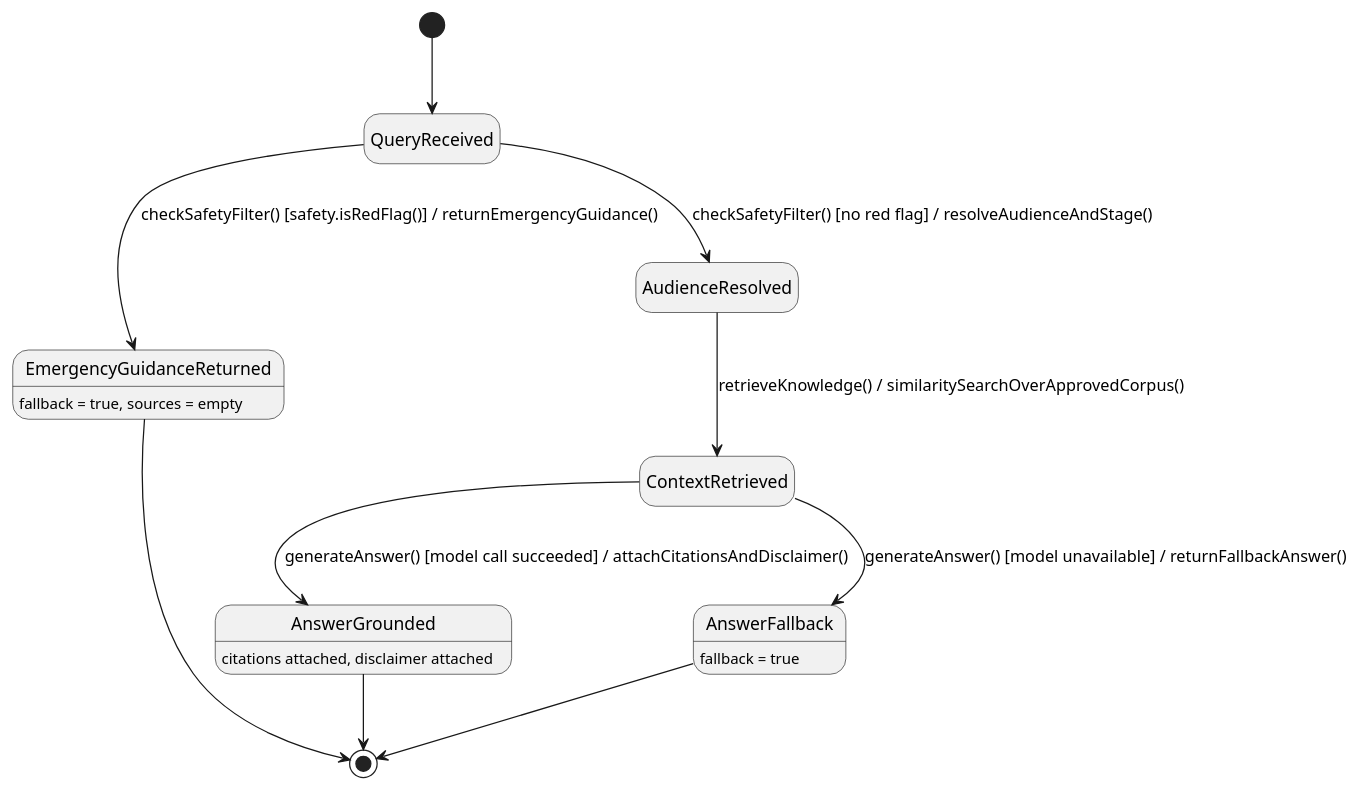
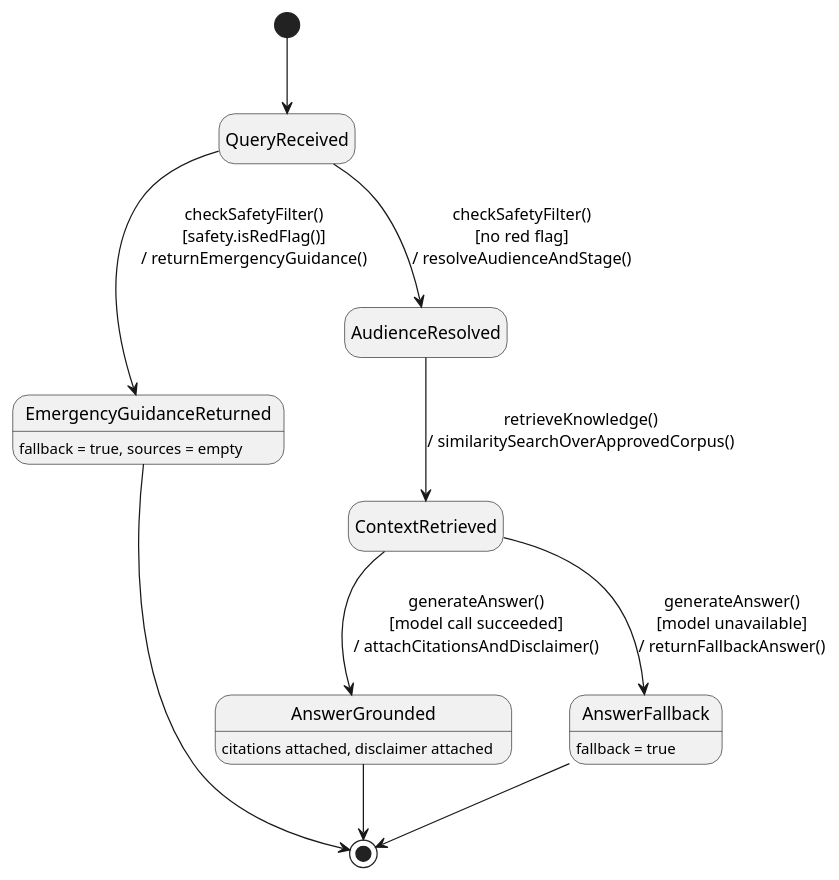
One commit to ChuongBDHE172784/CareBridge_SEP490_G79 changed the third of 3 diagrams in 03_Design/Detailed_Design/MF06_AI_Nurse_Assistant/01_AI_Nurse_RAG_Chat_and_Safety_Guardrails.md. Above: the diagram before and after it, drawn with PlantUML. The commit also changed 61 other files, not shown here.

Commit message:
docs: update detailed design documentation and state chart diagrams across all feature modules

````diff
--- a/03_Design/Detailed_Design/MF06_AI_Nurse_Assistant/01_AI_Nurse_RAG_Chat_and_Safety_Guardrails.md
+++ b/03_Design/Detailed_Design/MF06_AI_Nurse_Assistant/01_AI_Nurse_RAG_Chat_and_Safety_Guardrails.md
@@ -182,19 +182,19 @@
 ```plantuml
 @startuml StateChartDiagram_01AINurseRAGChatandSafetyGuardrails
 hide empty description
 [*] --> QueryReceived
 
-QueryReceived --> EmergencyGuidanceReturned : checkSafetyFilter() [safety.isRedFlag()] / returnEmergencyGuidance()
-QueryReceived --> AudienceResolved : checkSafetyFilter() [no red flag] / resolveAudienceAndStage()
-AudienceResolved --> ContextRetrieved : retrieveKnowledge() / similaritySearchOverApprovedCorpus()
-ContextRetrieved --> AnswerGrounded : generateAnswer() [model call succeeded] / attachCitationsAndDisclaimer()
-ContextRetrieved --> AnswerFallback : generateAnswer() [model unavailable] / returnFallbackAnswer()
+QueryReceived --> EmergencyGuidanceReturned : checkSafetyFilter()\n[safety.isRedFlag()]\n/ returnEmergencyGuidance()
+QueryReceived --> AudienceResolved : checkSafetyFilter()\n[no red flag]\n/ resolveAudienceAndStage()
+AudienceResolved --> ContextRetrieved : retrieveKnowledge()\n/ similaritySearchOverApprovedCorpus()
+ContextRetrieved --> AnswerGrounded : generateAnswer()\n[model call succeeded]\n/ attachCitationsAndDisclaimer()
+ContextRetrieved --> AnswerFallback : generateAnswer()\n[model unavailable]\n/ returnFallbackAnswer()
 AnswerGrounded --> [*]
 AnswerFallback --> [*]
 EmergencyGuidanceReturned --> [*]
 
 EmergencyGuidanceReturned : fallback = true, sources = empty
 AnswerGrounded : citations attached, disclaimer attached
 AnswerFallback : fallback = true
 @enduml
 ```
````
